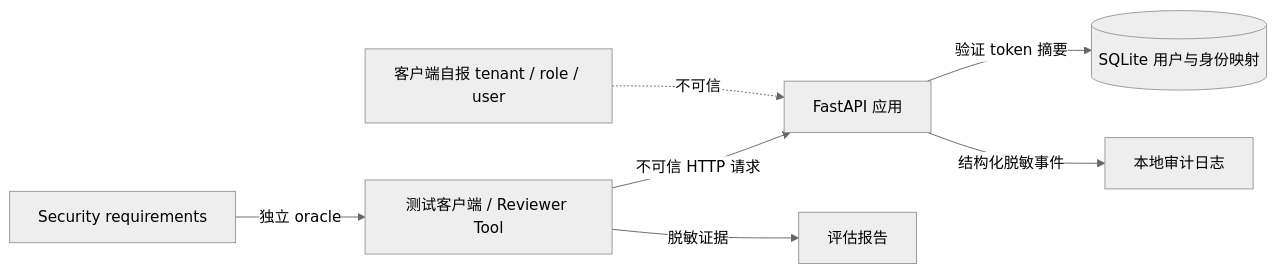
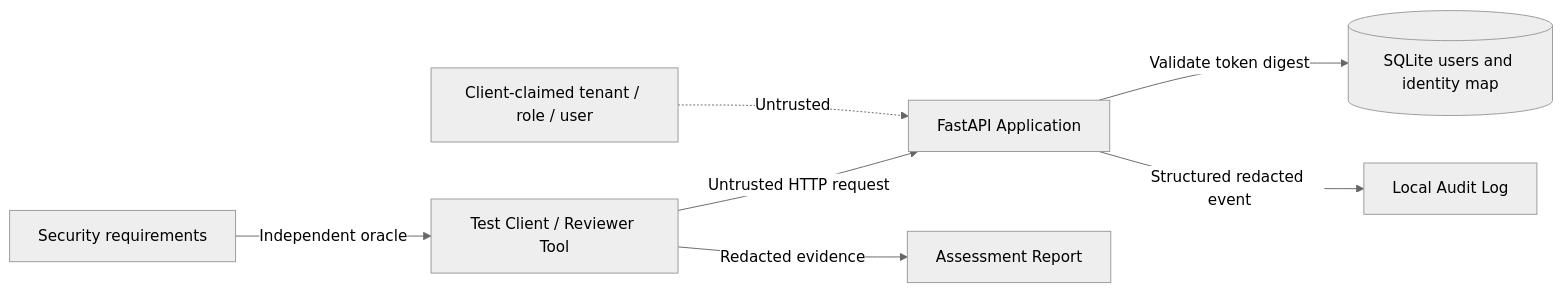
The diagram in assessment/appsec/v1/assessment-brief.md (zml-protocol/multitenant-security-agent), drawn with Mermaid (neutral theme) before and after one commit. The commit also changed other lines of this file and 47 other files, not shown here.

````diff
--- a/assessment/appsec/v1/assessment-brief.md
+++ b/assessment/appsec/v1/assessment-brief.md
@@ -60,9 +60,9 @@
 ```mermaid
 flowchart LR
-    U[测试客户端 / Reviewer Tool] -->|不可信 HTTP 请求| A[FastAPI 应用]
-    A -->|验证 token 摘要| D[(SQLite 用户与身份映射)]
-    A -->|结构化脱敏事件| L[本地审计日志]
-    U -->|脱敏证据| R[评估报告]
-    C[客户端自报 tenant / role / user] -.不可信.-> A
-    S[Security requirements] -->|独立 oracle| U
+    U[Test Client / Reviewer Tool] -->|Untrusted HTTP request| A[FastAPI Application]
+    A -->|Validate token digest| D[(SQLite users and identity map)]
+    A -->|Structured redacted event| L[Local Audit Log]
+    U -->|Redacted evidence| R[Assessment Report]
+    C[Client-claimed tenant / role / user] -.Untrusted.-> A
+    S[Security requirements] -->|Independent oracle| U
 ```
````
